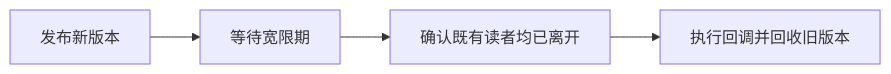
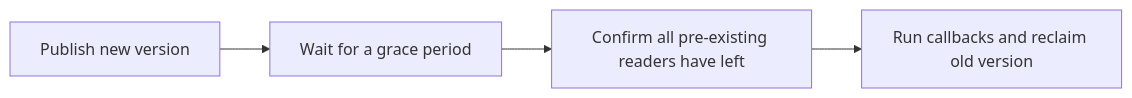
The first of 6 diagrams in docs/kernel/rcu/architecture.md (DragonOS-Community/DragonOS), drawn with Mermaid before and after one commit. The commit also changed other lines of this file and 2058 other files, not shown here.

````diff
--- a/docs/kernel/rcu/architecture.md
+++ b/docs/kernel/rcu/architecture.md
@@ -13,6 +13,6 @@
 ```mermaid
 flowchart LR
-    A[发布新版本] --> B[等待宽限期]
-    B --> C[确认既有读者均已离开]
-    C --> D[执行回调并回收旧版本]
+    A[Publish new version] --> B[Wait for a grace period]
+    B --> C[Confirm all pre-existing readers have left]
+    C --> D[Run callbacks and reclaim old version]
 ```
````
